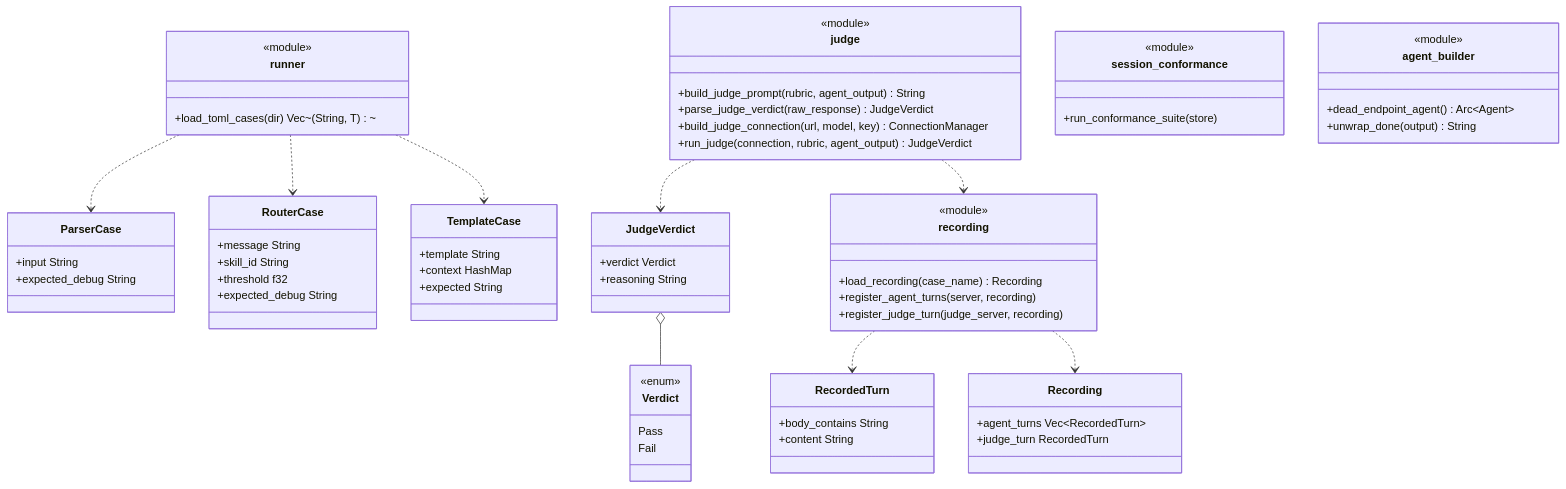
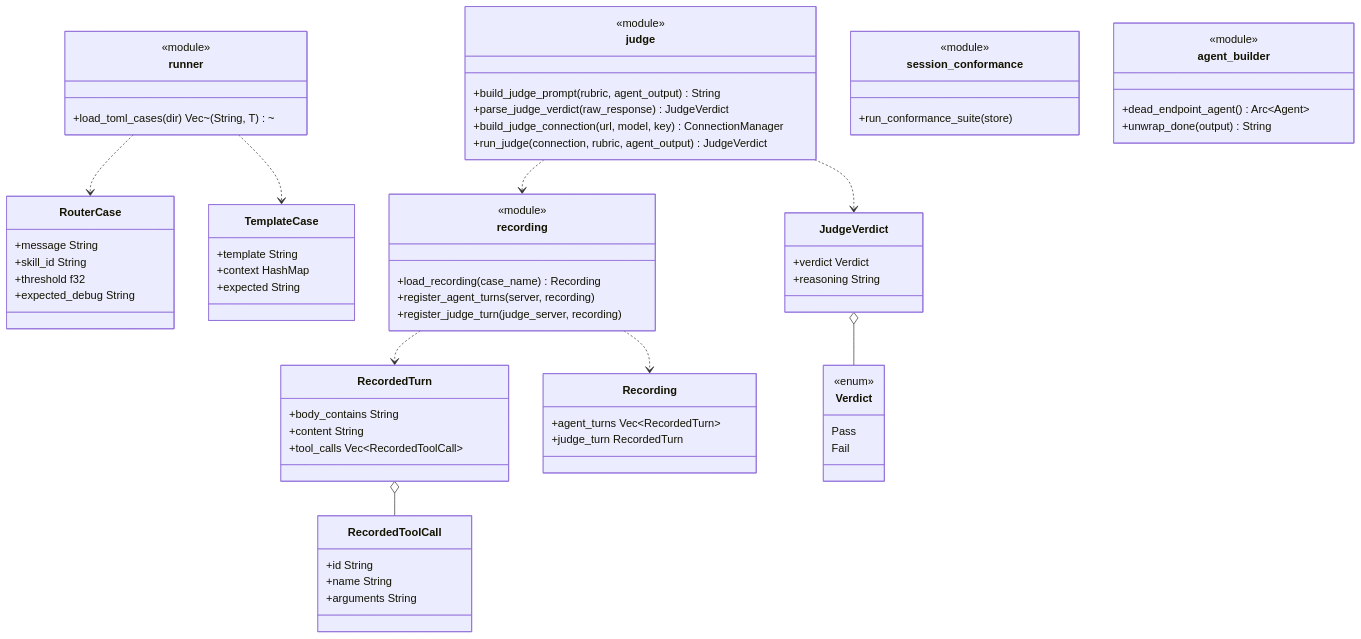
One commit to sirius-zuo/agentverse changed the diagram in wiki/eval-and-test-infra.md. Above: the diagram before and after it, drawn with Mermaid. The commit also changed other lines of this file, not shown here.

Commit message:
docs(wiki): refresh eval-and-test-infra.md for PR #35 parser deletion + fixture format upgrade

````diff
--- a/wiki/eval-and-test-infra.md
+++ b/wiki/eval-and-test-infra.md
@@ -45,70 +45,72 @@
 ```mermaid
 classDiagram
     class runner {
         <<module>>
         +load_toml_cases(dir) Vec~(String, T)~
-    }
-    class ParserCase {
-        +input String
-        +expected_debug String
     }
     class RouterCase {
         +message String
         +skill_id String
         +threshold f32
         +expected_debug String
     }
     class TemplateCase {
         +template String
         +context HashMap
         +expected String
     }
     class recording {
         <<module>>
         +load_recording(case_name) Recording
         +register_agent_turns(server, recording)
         +register_judge_turn(judge_server, recording)
     }
     class RecordedTurn {
         +body_contains String
         +content String
+        +tool_calls Vec~RecordedToolCall~
+    }
+    class RecordedToolCall {
+        +id String
+        +name String
+        +arguments String
     }
     class Recording {
         +agent_turns Vec~RecordedTurn~
         +judge_turn RecordedTurn
     }
     class judge {
         <<module>>
         +build_judge_prompt(rubric, agent_output) String
         +parse_judge_verdict(raw_response) JudgeVerdict
         +build_judge_connection(url, model, key) ConnectionManager
         +run_judge(connection, rubric, agent_output) JudgeVerdict
     }
     class Verdict {
         <<enum>>
         Pass
         Fail
     }
     class JudgeVerdict {
         +verdict Verdict
         +reasoning String
     }
     class session_conformance {
         <<module>>
         +run_conformance_suite(store)
     }
     class agent_builder {
         <<module>>
         +dead_endpoint_agent() Arc~Agent~
         +unwrap_done(output) String
     }
 
-    runner ..> ParserCase
     runner ..> RouterCase
     runner ..> TemplateCase
     recording ..> RecordedTurn
     recording ..> Recording
+    RecordedTurn o-- RecordedToolCall
     judge ..> JudgeVerdict
     judge ..> recording
     JudgeVerdict o-- Verdict
 ```
````
